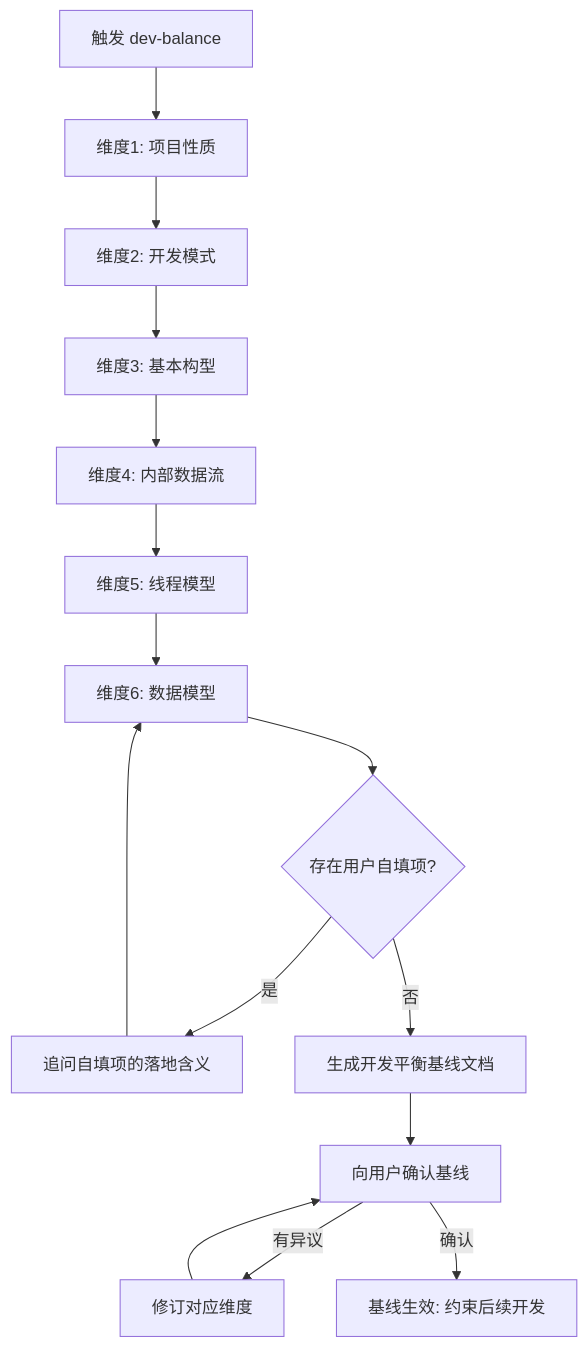
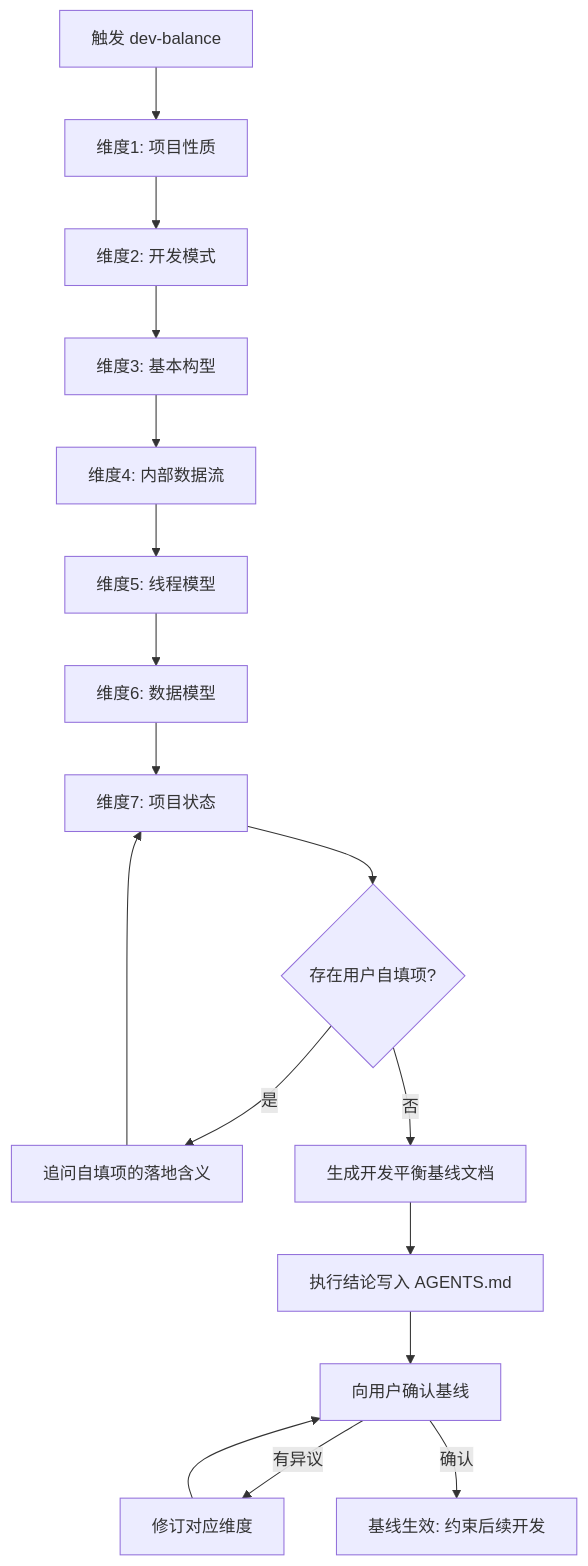
One commit to hellyguo/self-ai-spec changed the diagram in skills/dev-balance/SKILL.md. Above: the diagram before and after it, drawn with Mermaid. The commit also changed other lines of this file and 5 other files, not shown here.

````diff
--- a/skills/dev-balance/SKILL.md
+++ b/skills/dev-balance/SKILL.md
@@ -32,17 +32,19 @@
 ```mermaid
 flowchart TD
     A[触发 dev-balance] --> B[维度1: 项目性质]
     B --> C[维度2: 开发模式]
     C --> D[维度3: 基本构型]
     D --> E[维度4: 内部数据流]
     E --> F[维度5: 线程模型]
     F --> G[维度6: 数据模型]
-    G --> H{存在用户自填项?}
+    G --> G2[维度7: 项目状态]
+    G2 --> H{存在用户自填项?}
     H -- 是 --> I[追问自填项的落地含义]
-    I --> G
+    I --> G2
     H -- 否 --> J[生成开发平衡基线文档]
-    J --> K[向用户确认基线]
+    J --> J2[执行结论写入 AGENTS.md]
+    J2 --> K[向用户确认基线]
     K -- 有异议 --> L[修订对应维度]
     L --> K
     K -- 确认 --> M[基线生效: 约束后续开发]
 ```
````
